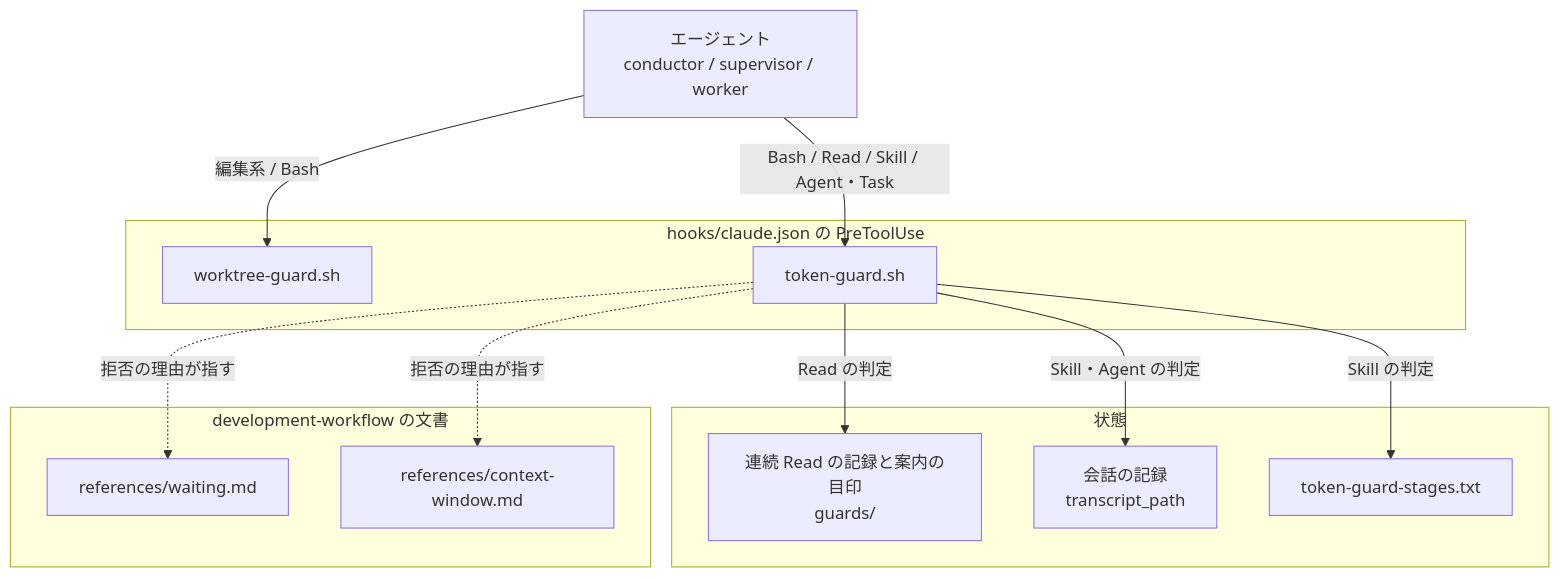
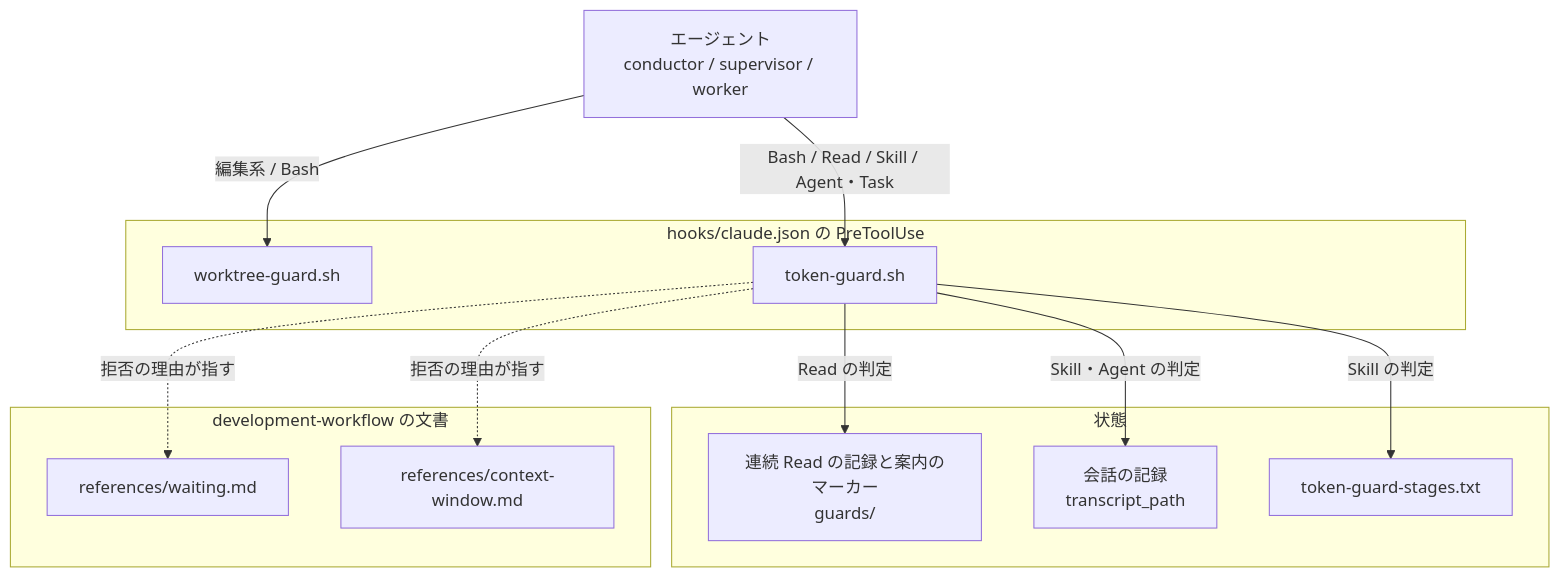
One commit to devbasex/ai-plugins changed the diagram in docs/specifications/ndf-token-waits-and-context-cut.md. Above: the diagram before and after it, drawn with Mermaid. The commit also changed other lines of this file, not shown here.

````diff
--- a/docs/specifications/ndf-token-waits-and-context-cut.md
+++ b/docs/specifications/ndf-token-waits-and-context-cut.md
@@ -67,24 +67,24 @@
 ```mermaid
 graph TB
   AG["エージェント<br/>conductor / supervisor / worker"]
   subgraph HK["hooks/claude.json の PreToolUse"]
     WG["worktree-guard.sh"]
     TG["token-guard.sh"]
   end
   subgraph ST["状態"]
-    RS["連続 Read の記録と案内の目印<br/>guards/"]
+    RS["連続 Read の記録と案内のマーカー<br/>guards/"]
     TR["会話の記録<br/>transcript_path"]
     SL["token-guard-stages.txt"]
   end
   subgraph DOC["development-workflow の文書"]
     WT["references/waiting.md"]
     CW["references/context-window.md"]
   end
   AG -->|"Bash / Read / Skill / Agent・Task"| TG
   AG -->|"編集系 / Bash"| WG
   TG -->|"Read の判定"| RS
   TG -->|"Skill・Agent の判定"| TR
   TG -->|"Skill の判定"| SL
   TG -. "拒否の理由が指す" .-> WT
   TG -. "拒否の理由が指す" .-> CW
 ```
````
